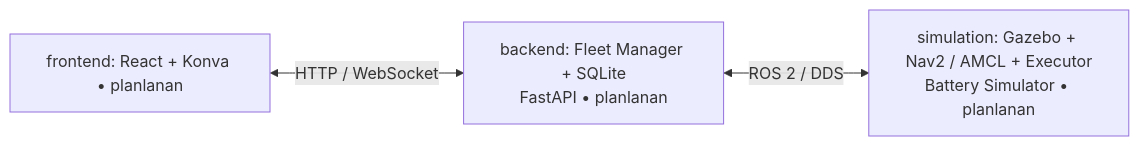
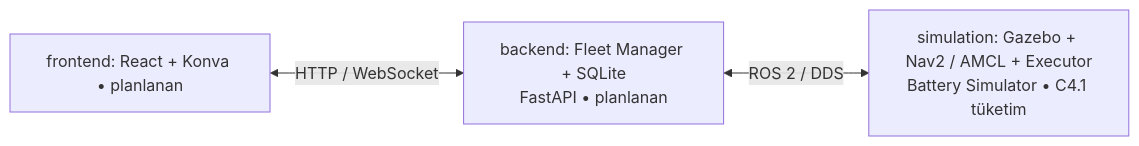
One commit to m-gnr/ros2-fleet-manager changed the diagram in README.md. Above: the diagram before and after it, drawn with Mermaid. The commit also changed other lines of this file and 26 other files, not shown here.

Commit message:
feat(battery): implement simulation-time energy consumption

````diff
--- a/README.md
+++ b/README.md
@@ -15,5 +15,5 @@
 ```mermaid
 flowchart LR
     UI["frontend: React + Konva • planlanan"] <-->|"HTTP / WebSocket"| API["backend: Fleet Manager + SQLite<br/>FastAPI • planlanan"]
-    API <-->|"ROS 2 / DDS"| SIM["simulation: Gazebo + Nav2 / AMCL + Executor<br/>Battery Simulator • planlanan"]
+    API <-->|"ROS 2 / DDS"| SIM["simulation: Gazebo + Nav2 / AMCL + Executor<br/>Battery Simulator • C4.1 tüketim"]
 ```
````
